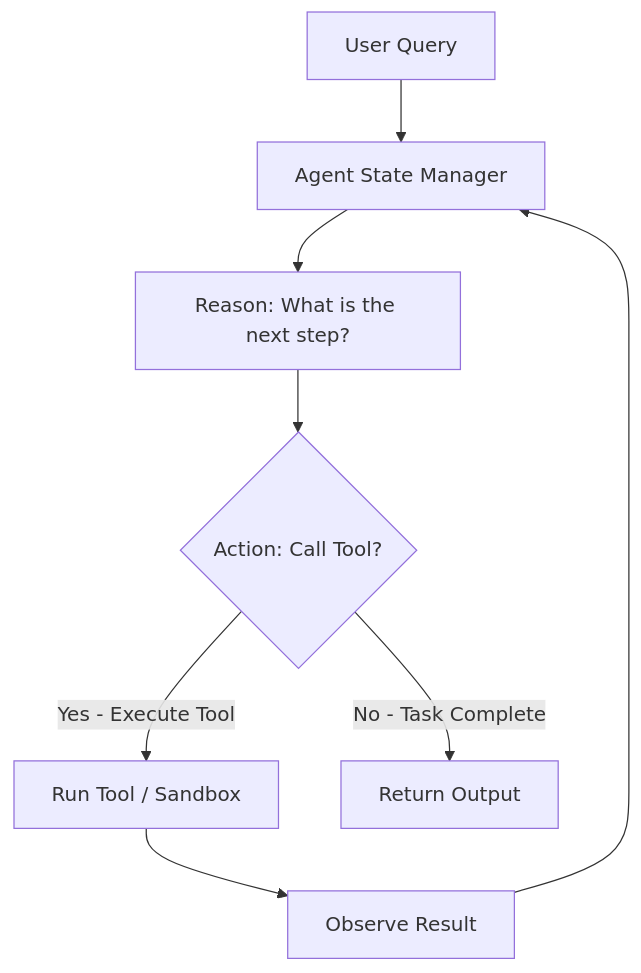
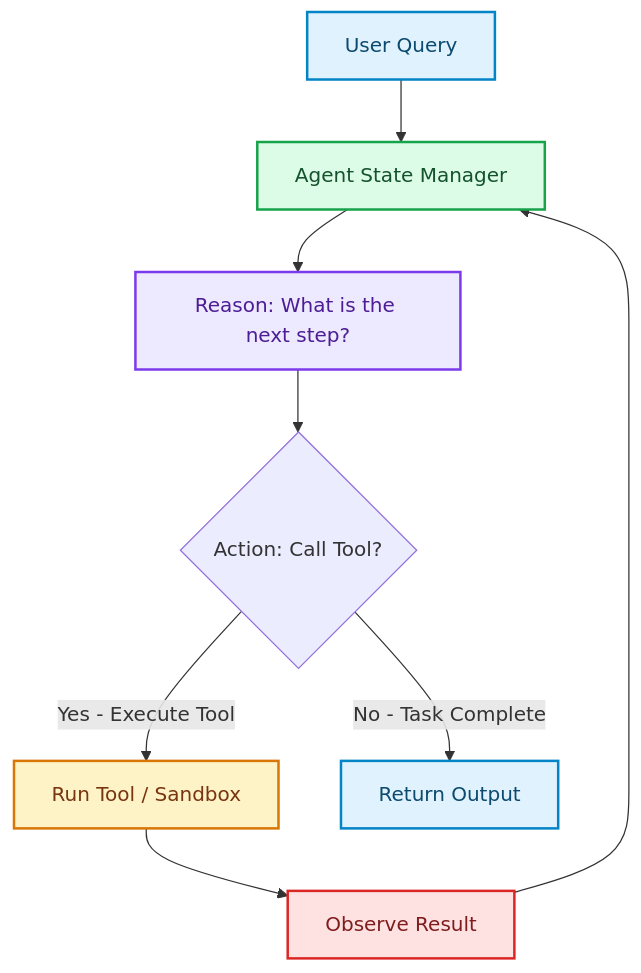
The seventh of 8 diagrams in blog/posts/agentic-ai-architectures.md (akmalkhaniub/akmalkhaniub.github.io), drawn with Mermaid before and after one commit. The commit also changed other lines of this file and 1291 other files, not shown here.

First line of the commit message:
feat(catalog): unique covers, scholarly references, and diagram palettes

````diff
--- a/blog/posts/agentic-ai-architectures.md
+++ b/blog/posts/agentic-ai-architectures.md
@@ -143,10 +208,21 @@
 ```mermaid
 flowchart TD
-    Query[User Query] --> State[Agent State Manager]
-    State --> Reason[Reason: What is the next step?]
+    Query["User Query"] --> State["Agent State Manager"]
+    State --> Reason["Reason: What is the next step?"]
     Reason --> Action{Action: Call Tool?}
-    Action -->|Yes - Execute Tool| Tool[Run Tool / Sandbox]
-    Tool --> Observation[Observe Result]
+    Action -->|Yes - Execute Tool| Tool["Run Tool / Sandbox"]
+    Tool --> Observation["Observe Result"]
     Observation --> State
-    Action -->|No - Task Complete| Out[Return Output]
+    Action -->|No - Task Complete| Out["Return Output"]
+
+classDef green fill:#dcfce7,stroke:#16a34a,stroke-width:2px,color:#14532d;
+classDef red fill:#fee2e2,stroke:#dc2626,stroke-width:2px,color:#7f1d1d;
+classDef blue fill:#e0f2fe,stroke:#0284c7,stroke-width:2px,color:#0c4a6e;
+classDef yellow fill:#fef3c7,stroke:#d97706,stroke-width:2px,color:#78350f;
+classDef purple fill:#ede9fe,stroke:#7c3aed,stroke-width:2px,color:#4c1d95;
+class Query,Out blue
+class State green
+class Reason purple
+class Tool yellow
+class Observation red
 ```
````
